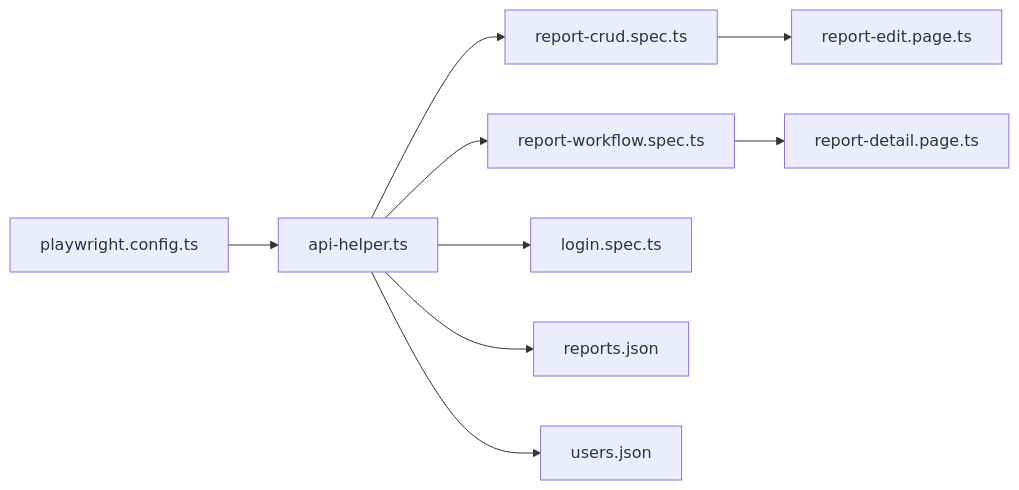
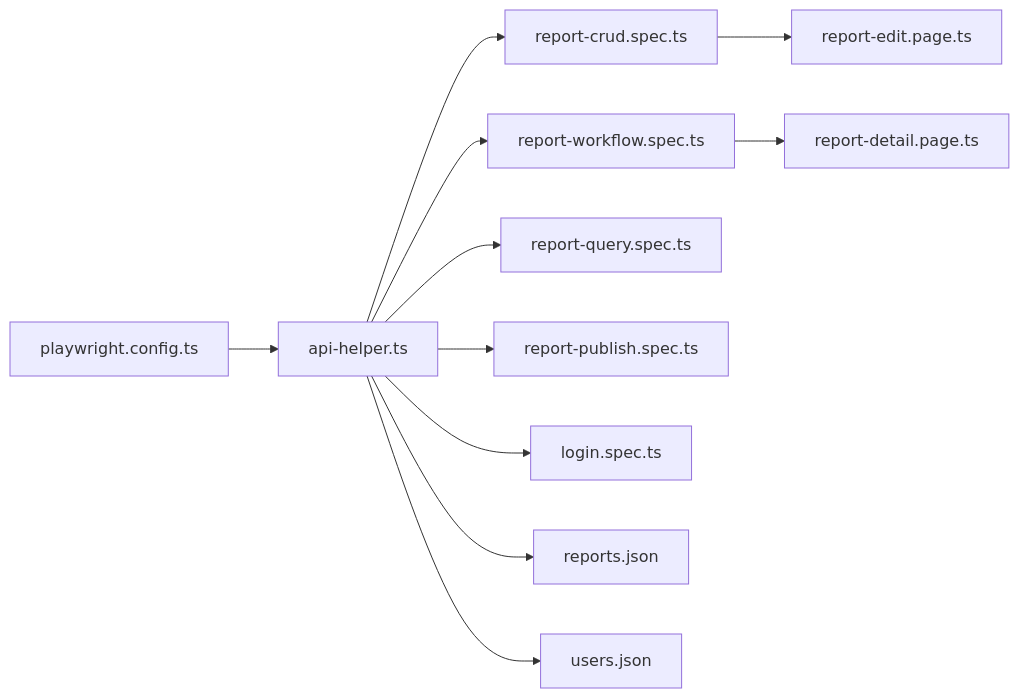
The seventh of 7 diagrams in .qoder/repowiki/zh/content/API辅助工具/API调用封装.md (zzgoviziwind/--playwright), drawn with Mermaid before and after one commit. The commit also changed other lines of this file and 112 other files, not shown here.

````diff
--- a/.qoder/repowiki/zh/content/API辅助工具/API调用封装.md
+++ b/.qoder/repowiki/zh/content/API辅助工具/API调用封装.md
@@ -309,11 +326,13 @@
 ```mermaid
 graph LR
 PH["playwright.config.ts"] --> AF["api-helper.ts"]
 AF --> TS1["report-crud.spec.ts"]
 AF --> TS2["report-workflow.spec.ts"]
-AF --> TS3["login.spec.ts"]
+AF --> TS3["report-query.spec.ts"]
+AF --> TS4["report-publish.spec.ts"]
+AF --> TS5["login.spec.ts"]
 TS1 --> PP1["report-edit.page.ts"]
 TS2 --> PP2["report-detail.page.ts"]
 AF --> D1["reports.json"]
 AF --> D2["users.json"]
 ```
````
